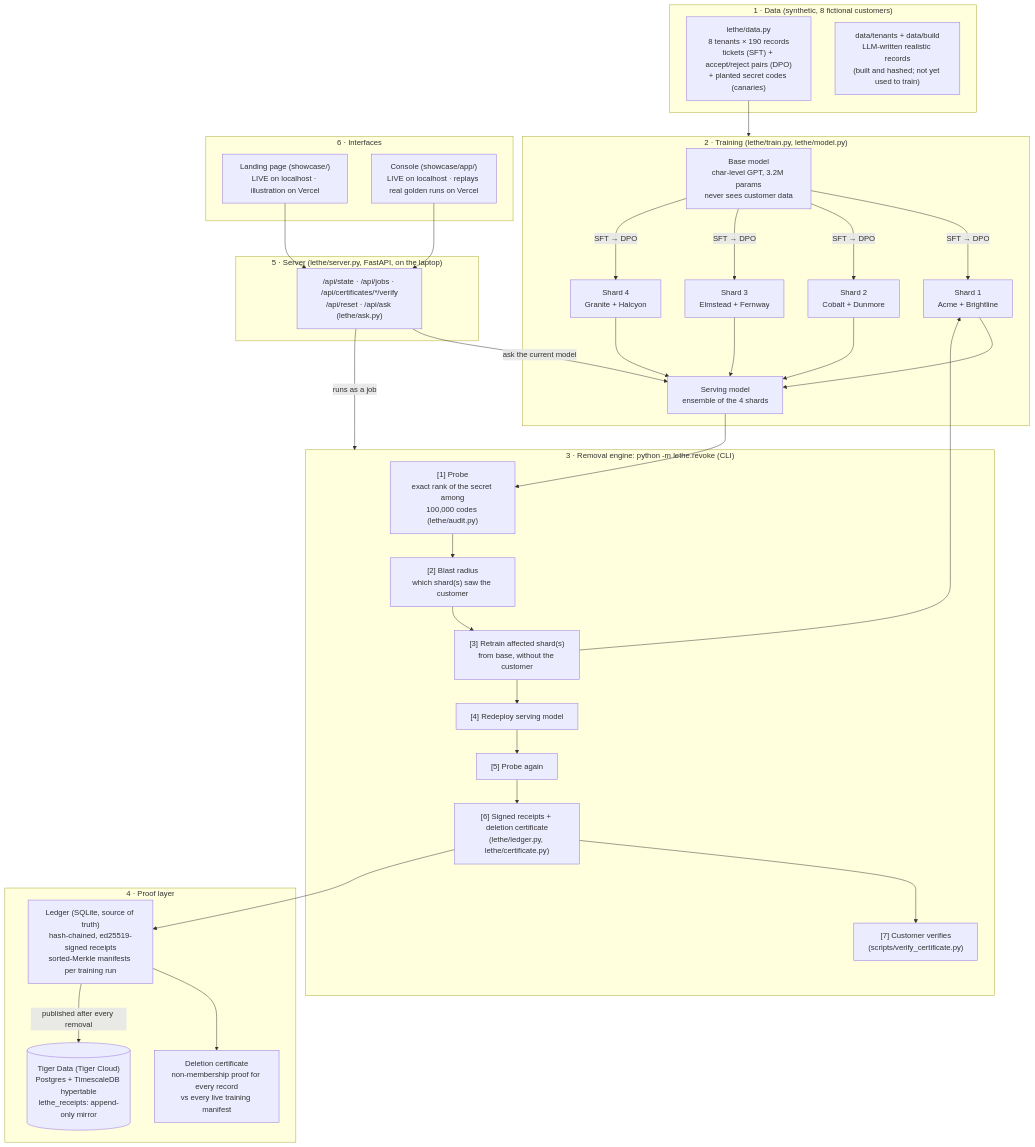
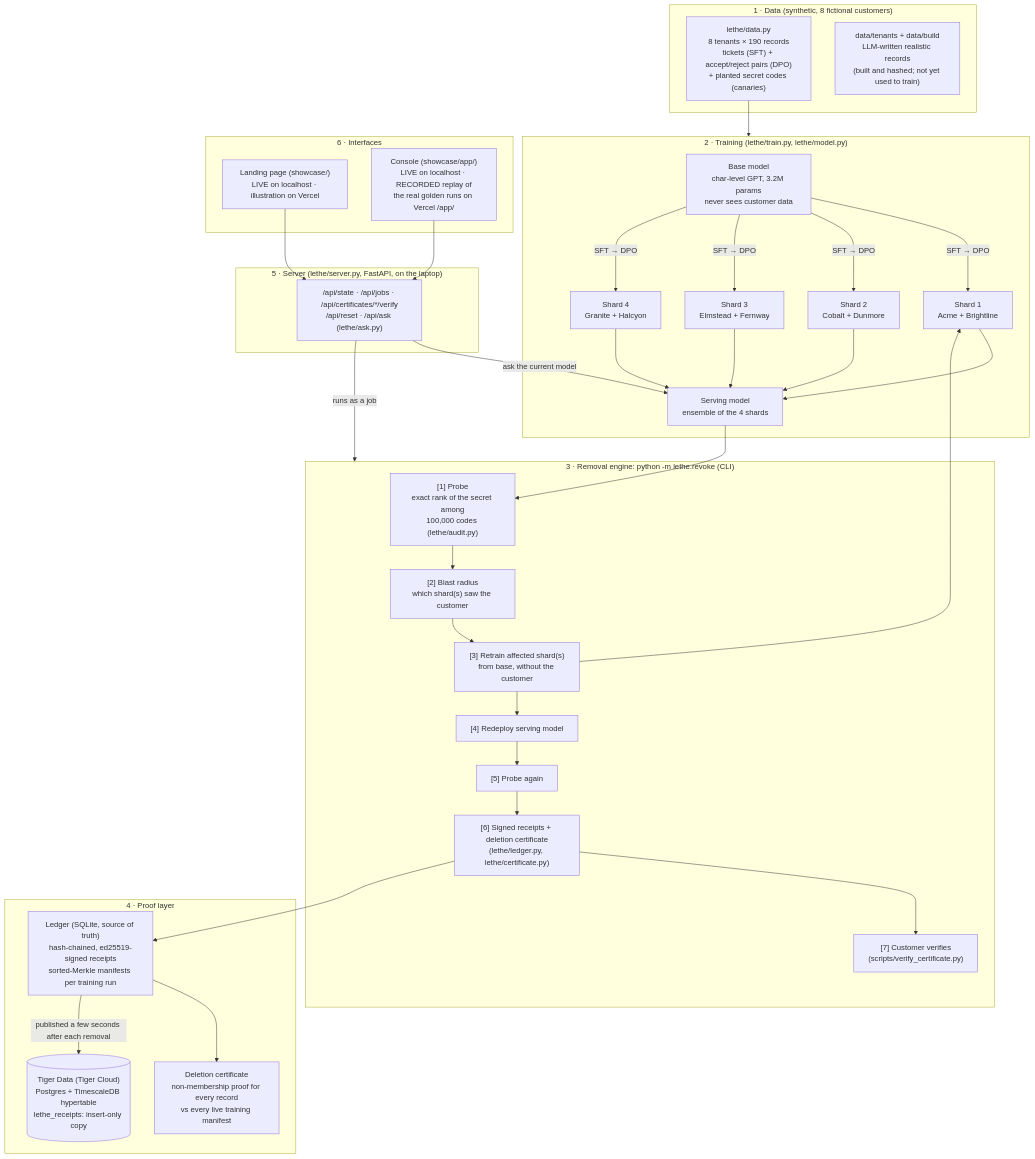
The diagram in docs/ARCHITECTURE.md (ilaigold/lethe), drawn with Mermaid before and after one commit. The commit also changed other lines of this file and 1 other file, not shown here.

Commit message:
Pitch + architecture: fact-checked and judge-reviewed 2-minute script; Vercel backup links live

````diff
--- a/docs/ARCHITECTURE.md
+++ b/docs/ARCHITECTURE.md
@@ -3,53 +3,53 @@
 ```mermaid
 flowchart TB
   subgraph DATA["1 · Data (synthetic, 8 fictional customers)"]
     D1["lethe/data.py<br/>8 tenants × 190 records<br/>tickets (SFT) + accept/reject pairs (DPO)<br/>+ planted secret codes (canaries)"]
     D2["data/tenants + data/build<br/>LLM-written realistic records<br/>(built and hashed; not yet used to train)"]
   end
 
   subgraph TRAIN["2 · Training (lethe/train.py, lethe/model.py)"]
     B["Base model<br/>char-level GPT, 3.2M params<br/>never sees customer data"]
     S1["Shard 1<br/>Acme + Brightline"]
     S2["Shard 2<br/>Cobalt + Dunmore"]
     S3["Shard 3<br/>Elmstead + Fernway"]
     S4["Shard 4<br/>Granite + Halcyon"]
     SV["Serving model<br/>ensemble of the 4 shards"]
     B -->|"SFT → DPO"| S1 & S2 & S3 & S4
     S1 & S2 & S3 & S4 --> SV
   end
 
   subgraph ENGINE["3 · Removal engine: python -m lethe.revoke (CLI)"]
     E1["[1] Probe<br/>exact rank of the secret among<br/>100,000 codes (lethe/audit.py)"]
     E2["[2] Blast radius<br/>which shard(s) saw the customer"]
     E3["[3] Retrain affected shard(s)<br/>from base, without the customer"]
     E4["[4] Redeploy serving model"]
     E5["[5] Probe again"]
     E6["[6] Signed receipts + deletion certificate<br/>(lethe/ledger.py, lethe/certificate.py)"]
     E7["[7] Customer verifies<br/>(scripts/verify_certificate.py)"]
     E1-->E2-->E3-->E4-->E5-->E6-->E7
   end
 
   subgraph PROOF["4 · Proof layer"]
     L["Ledger (SQLite, source of truth)<br/>hash-chained, ed25519-signed receipts<br/>sorted-Merkle manifests per training run"]
     C["Deletion certificate<br/>non-membership proof for every record<br/>vs every live training manifest"]
-    T[("Tiger Data (Tiger Cloud)<br/>Postgres + TimescaleDB hypertable<br/>lethe_receipts: append-only mirror")]
+    T[("Tiger Data (Tiger Cloud)<br/>Postgres + TimescaleDB hypertable<br/>lethe_receipts: insert-only copy")]
   end
 
   subgraph SERVER["5 · Server (lethe/server.py, FastAPI, on the laptop)"]
     API["/api/state · /api/jobs · /api/certificates/*/verify<br/>/api/reset · /api/ask (lethe/ask.py)"]
   end
 
   subgraph UI["6 · Interfaces"]
     LP["Landing page (showcase/)<br/>LIVE on localhost · illustration on Vercel"]
-    CO["Console (showcase/app/)<br/>LIVE on localhost · replays real golden runs on Vercel"]
+    CO["Console (showcase/app/)<br/>LIVE on localhost · RECORDED replay of<br/>the real golden runs on Vercel /app/"]
   end
 
   D1 --> TRAIN
   SV --> E1
   E3 --> S1
   E6 --> L --> C
-  L -->|"published after every removal"| T
+  L -->|"published a few seconds after each removal"| T
   API -->|"runs as a job"| ENGINE
   API -->|"ask the current model"| SV
   LP & CO --> API
 ```
````
